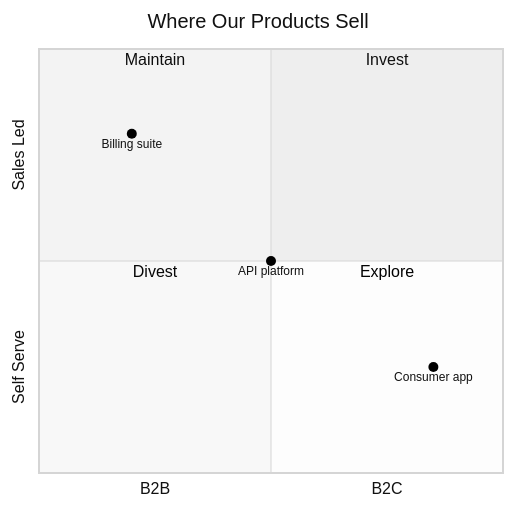
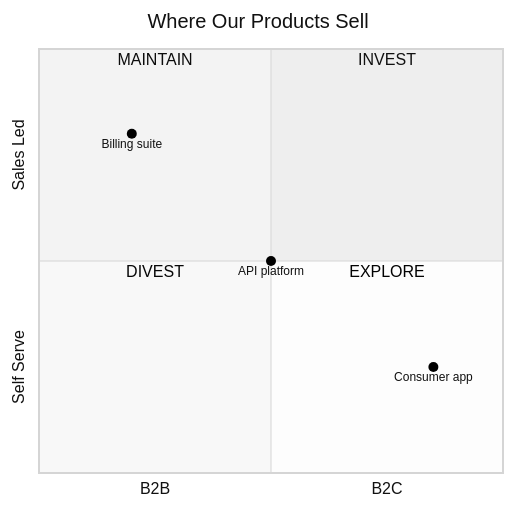
One commit to MacHu-GWU/shsk_mermaid_styles-project changed the first of 4 diagrams in .claude/skills/mermaid-styles/skills/explainer-diagrams/ref/patterns/quadrant.md. Above: the diagram before and after it, drawn with Mermaid (neutral theme). The commit also changed other lines of this file, not shown here.

````diff
--- a/.claude/skills/mermaid-styles/skills/explainer-diagrams/ref/patterns/quadrant.md
+++ b/.claude/skills/mermaid-styles/skills/explainer-diagrams/ref/patterns/quadrant.md
@@ -196,13 +208,14 @@
 ```mermaid
+%%{init: {"quadrantChart": {"xAxisPosition": "bottom"}}}%%
 quadrantChart
     title Where Our Products Sell
     x-axis B2B --> B2C
     y-axis Self Serve --> Sales Led
-    quadrant-1 Invest
-    quadrant-2 Maintain
-    quadrant-3 Divest
-    quadrant-4 Explore
+    quadrant-1 INVEST
+    quadrant-2 MAINTAIN
+    quadrant-3 DIVEST
+    quadrant-4 EXPLORE
     Billing suite: [0.2, 0.8]
     Consumer app: [0.85, 0.25]
     API platform: [0.5, 0.5]
 ```
````
